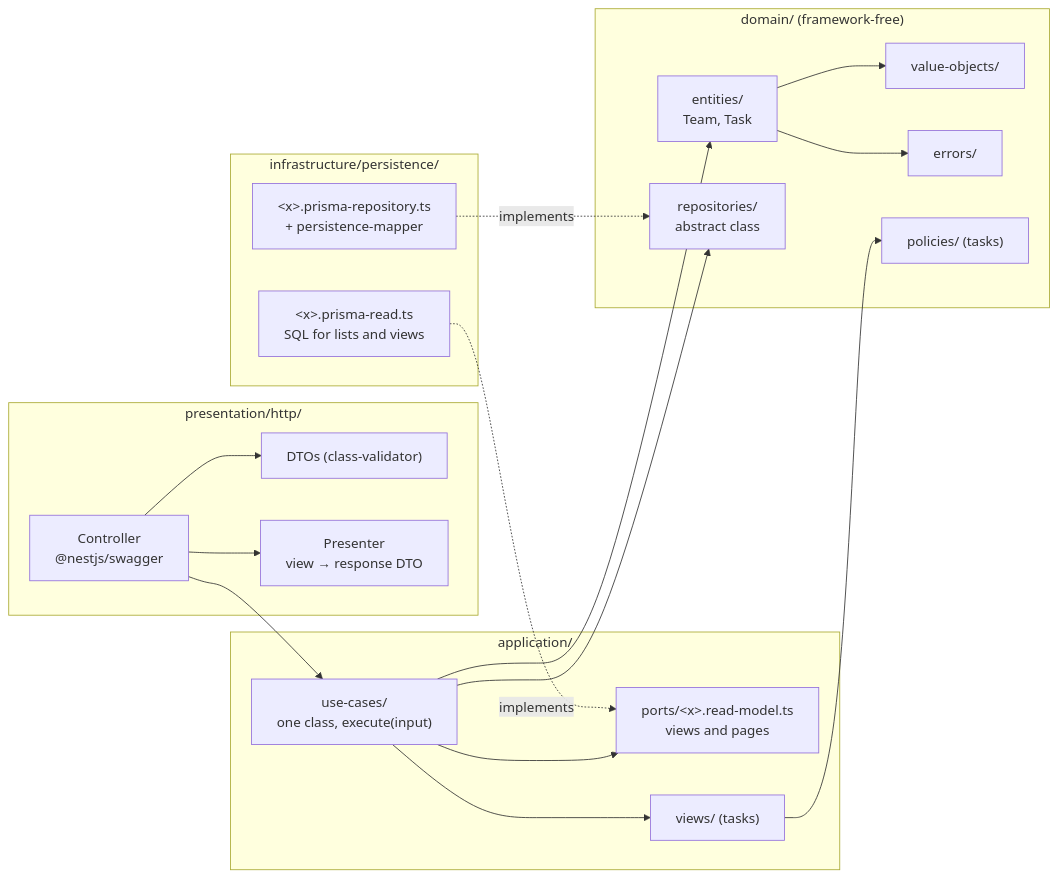
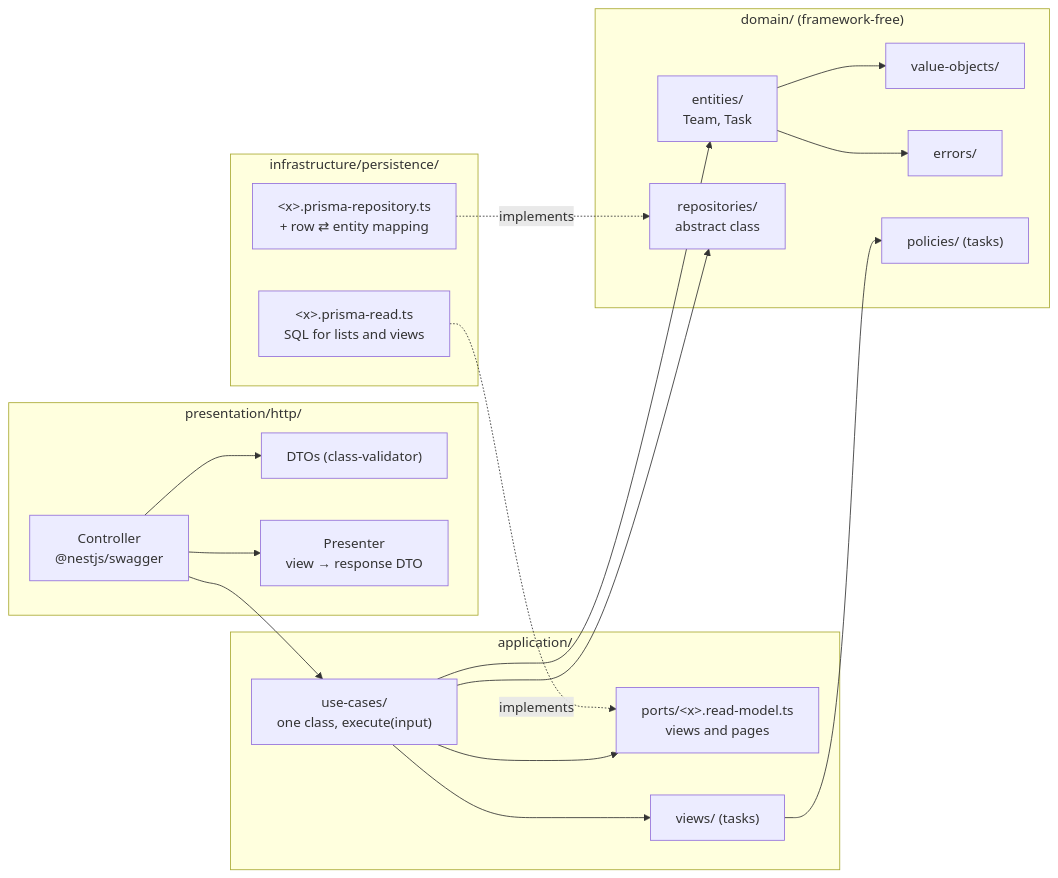
The third of 4 diagrams in docs/architecture/overview.md (rodriguesdenis/hitss), drawn with Mermaid before and after one commit. The commit also changed other lines of this file, not shown here.

````diff
--- a/docs/architecture/overview.md
+++ b/docs/architecture/overview.md
@@ -64,37 +64,37 @@
 ```mermaid
 flowchart LR
   subgraph presentation["presentation/http/"]
     ctrl["Controller<br/>@nestjs/swagger"]
     dto["DTOs (class-validator)"]
     pres["Presenter<br/>view → response DTO"]
   end
   subgraph application["application/"]
     uc["use-cases/<br/>one class, execute(input)"]
     rm["ports/&lt;x&gt;.read-model.ts<br/>views and pages"]
     views["views/ (tasks)"]
   end
   subgraph domain["domain/ (framework-free)"]
     ent["entities/<br/>Team, Task"]
     vo["value-objects/"]
     err["errors/"]
     pol["policies/ (tasks)"]
     repo["repositories/<br/>abstract class"]
   end
   subgraph infrastructure["infrastructure/persistence/"]
-    prepo["&lt;x&gt;.prisma-repository.ts<br/>+ persistence-mapper"]
+    prepo["&lt;x&gt;.prisma-repository.ts<br/>+ row ⇄ entity mapping"]
     pread["&lt;x&gt;.prisma-read.ts<br/>SQL for lists and views"]
   end
 
   ctrl --> dto
   ctrl --> uc
   ctrl --> pres
   uc --> ent
   uc --> repo
   uc --> rm
   uc --> views
   ent --> vo
   ent --> err
   views --> pol
   prepo -. "implements" .-> repo
   pread -. "implements" .-> rm
 ```
````
